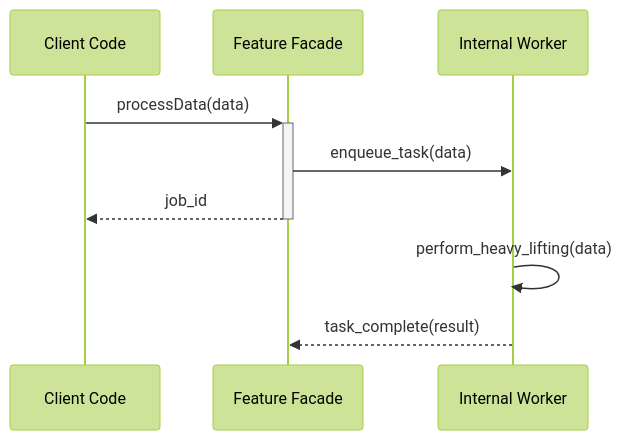
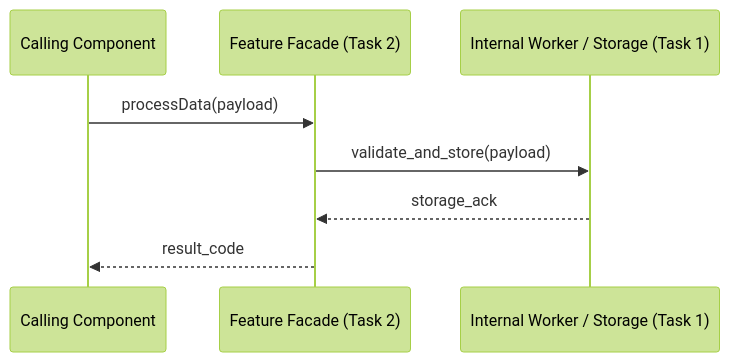
Before and after one commit to jackblitz/jb-skills: the diagram in skills/jb-task-planner/feature-spec-template.md, drawn with Mermaid (forest theme). The commit also changed other lines of this file and 2 other files, not shown here.

First line of the commit message:
feat(task-planner): eliminate intermediate comment spam and structure 3-document technical specification

````diff
--- a/skills/jb-task-planner/feature-spec-template.md
+++ b/skills/jb-task-planner/feature-spec-template.md
@@ -79,12 +78,11 @@
 ```mermaid
 sequenceDiagram
-    participant Client as Client Code
-    participant Feature as Feature Facade
-    participant Worker as Internal Worker
+    participant Caller as Calling Component
+    participant Facade as Feature Facade (Task 2)
+    participant Engine as Internal Worker / Storage (Task 1)
 
-    Client->>+Feature: processData(data)
-    Feature->>Worker: enqueue_task(data)
-    Feature-->>-Client: job_id
-    Worker->>Worker: perform_heavy_lifting(data)
-    Worker-->>Feature: task_complete(result)
+    Caller->>Facade: processData(payload)
+    Facade->>Engine: validate_and_store(payload)
+    Engine-->>Facade: storage_ack
+    Facade-->>Caller: result_code
 ```
````
